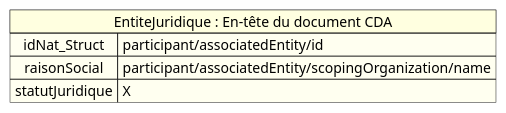
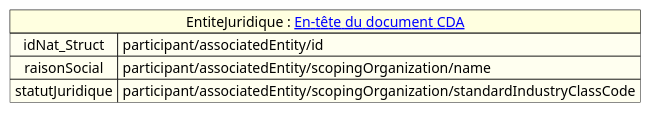
One commit to ansforge/IG-fhir-transfert-donnees-dui-esms changed the diagram in input/images-source/mapping_entiteJuridique.plantuml. Above: the diagram before and after it, drawn with PlantUML. The commit also changed 2 other files, not shown here.

Commit message:
MappingFonctionnelleTechnique - EnTete - statutJuridique

```diff
--- a/input/images-source/mapping_entiteJuridique.plantuml
+++ b/input/images-source/mapping_entiteJuridique.plantuml
@@ -1,9 +1,9 @@
 @startuml
 
-map "EntiteJuridique : En-tête du document CDA" as EJ #back:Ivory;header:LightYellow {
+map "EntiteJuridique : [[contenu_dossier_entete_cda.html En-tête du document CDA]]" as EJ #back:Ivory;header:LightYellow {
     idNat_Struct => participant/associatedEntity/id
     raisonSocial => participant/associatedEntity/scopingOrganization/name
-    statutJuridique => X
+    statutJuridique => participant/associatedEntity/scopingOrganization/standardIndustryClassCode
 }
 
 @enduml
```
